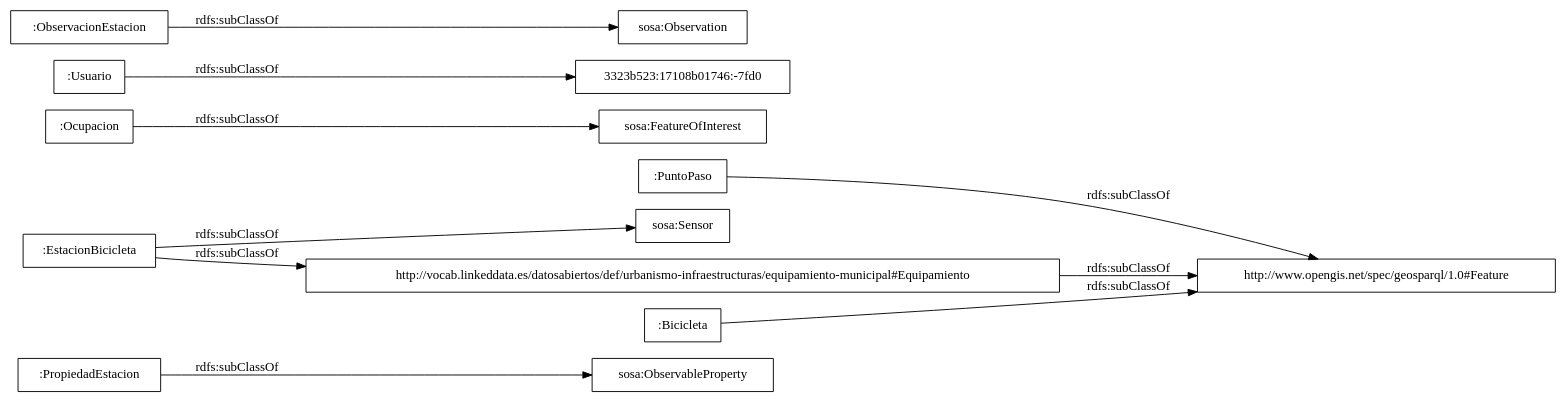
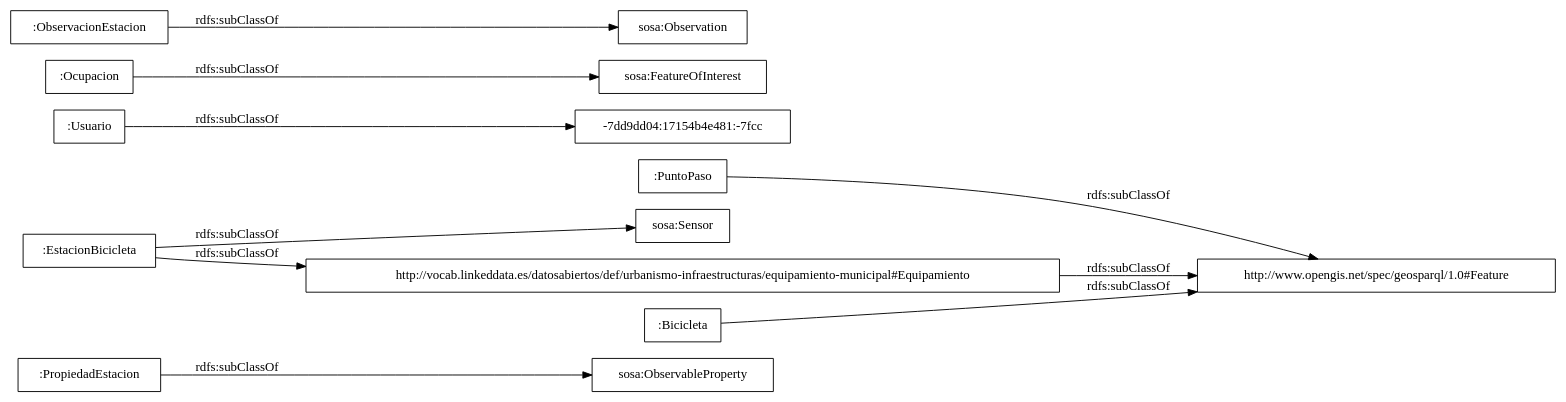
Before and after one commit to opencitydata/transporte-bici-datos-publicos: the diagram in OnToology/Ontology/bicicleta-publica.owl/diagrams/ar2dtool-taxonomy/bicicleta-publica.owl.png.dot, drawn with Graphviz. The commit also changed 15 other files, not shown here.

```diff
--- a/OnToology/Ontology/bicicleta-publica.owl/diagrams/ar2dtool-taxonomy/bicicleta-publica.owl.png.dot
+++ b/OnToology/Ontology/bicicleta-publica.owl/diagrams/ar2dtool-taxonomy/bicicleta-publica.owl.png.dot
@@ -1,15 +1,15 @@
 digraph ar2dtool_diagram { 
 rankdir=LR;
 size="1000"
-node [shape = rectangle, color="black"]; ":PropiedadEstacion" ":PuntoPaso" "sosa:ObservableProperty" "sosa:FeatureOfInterest" ":Usuario" ":Ocupacion" "sosa:Observation" "3323b523:17108b01746:-7fd0" "sosa:Sensor" "http://vocab.linkeddata.es/datosabiertos/def/urbanismo-infraestructuras/equipamiento-municipal#Equipamiento" ":EstacionBicicleta" ":ObservacionEstacion" ":Bicicleta" "http://www.opengis.net/spec/geosparql/1.0#Feature" ; /*classes style*/
+node [shape = rectangle, color="black"]; ":PropiedadEstacion" ":PuntoPaso" "sosa:ObservableProperty" "-7dd9dd04:17154b4e481:-7fcc" "sosa:FeatureOfInterest" ":Usuario" ":Ocupacion" "sosa:Observation" "sosa:Sensor" "http://vocab.linkeddata.es/datosabiertos/def/urbanismo-infraestructuras/equipamiento-municipal#Equipamiento" ":EstacionBicicleta" ":ObservacionEstacion" ":Bicicleta" "http://www.opengis.net/spec/geosparql/1.0#Feature" ; /*classes style*/
 	"http://vocab.linkeddata.es/datosabiertos/def/urbanismo-infraestructuras/equipamiento-municipal#Equipamiento" -> "http://www.opengis.net/spec/geosparql/1.0#Feature" [ label = "rdfs:subClassOf" ];
 	":EstacionBicicleta" -> "http://vocab.linkeddata.es/datosabiertos/def/urbanismo-infraestructuras/equipamiento-municipal#Equipamiento" [ label = "rdfs:subClassOf" ];
 	":EstacionBicicleta" -> "sosa:Sensor" [ label = "rdfs:subClassOf" ];
-	":Usuario" -> "3323b523:17108b01746:-7fd0" [ label = "rdfs:subClassOf" ];
+	":Usuario" -> "-7dd9dd04:17154b4e481:-7fcc" [ label = "rdfs:subClassOf" ];
 	":Bicicleta" -> "http://www.opengis.net/spec/geosparql/1.0#Feature" [ label = "rdfs:subClassOf" ];
 	":PuntoPaso" -> "http://www.opengis.net/spec/geosparql/1.0#Feature" [ label = "rdfs:subClassOf" ];
 	":Ocupacion" -> "sosa:FeatureOfInterest" [ label = "rdfs:subClassOf" ];
 	":PropiedadEstacion" -> "sosa:ObservableProperty" [ label = "rdfs:subClassOf" ];
 	":ObservacionEstacion" -> "sosa:Observation" [ label = "rdfs:subClassOf" ];
 
 }
```
